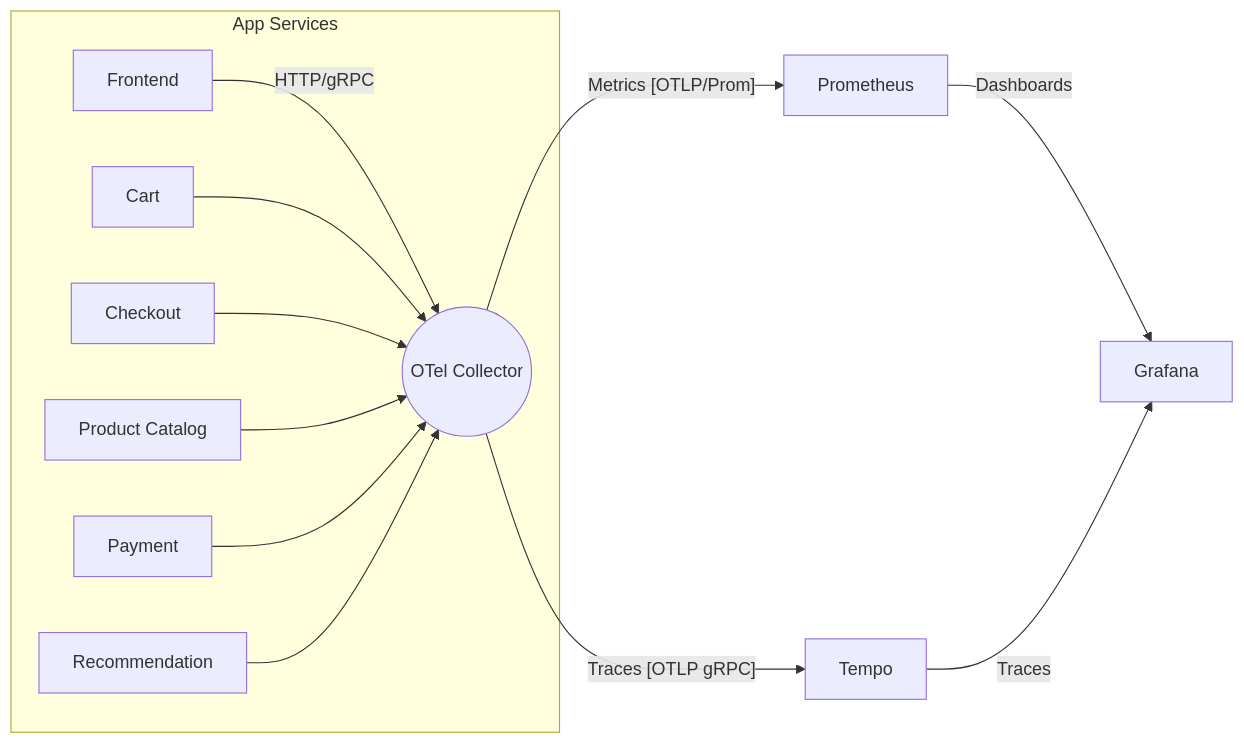
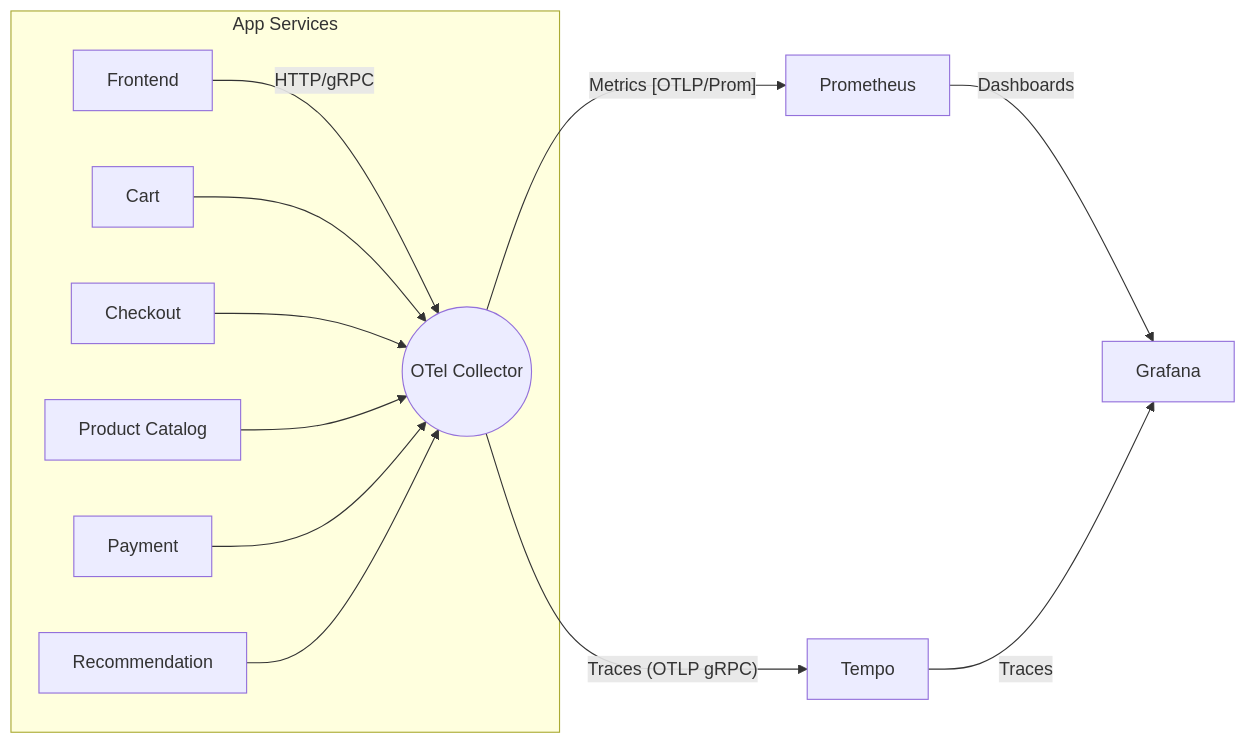
Before and after one commit to Mistral-valaise/opentelemetry-observability: the diagram in README.md, drawn with Mermaid.

Commit message:
fix: Update Mermaid diagram labels for clarity in README

````diff
--- a/README.md
+++ b/README.md
@@ -31,16 +31,16 @@
 ```mermaid
 flowchart LR
   subgraph "App Services"
     FE["Frontend"] -->|"HTTP/gRPC"| OC(("OTel Collector"))
     SVC1["Cart"] --> OC
     SVC2["Checkout"] --> OC
     SVC3["Product Catalog"] --> OC
     SVC4["Payment"] --> OC
     SVC5["Recommendation"] --> OC
   end
 
-  OC -->|"Traces [OTLP gRPC]"| TEMPO["Tempo"]
+  OC -->|"Traces (OTLP gRPC)"| TEMPO["Tempo"]
   OC -->|"Metrics [OTLP/Prom]"| PROM["Prometheus"]
   PROM -->|"Dashboards"| GRAF["Grafana"]
   TEMPO -->|"Traces"| GRAF
 ```
````
